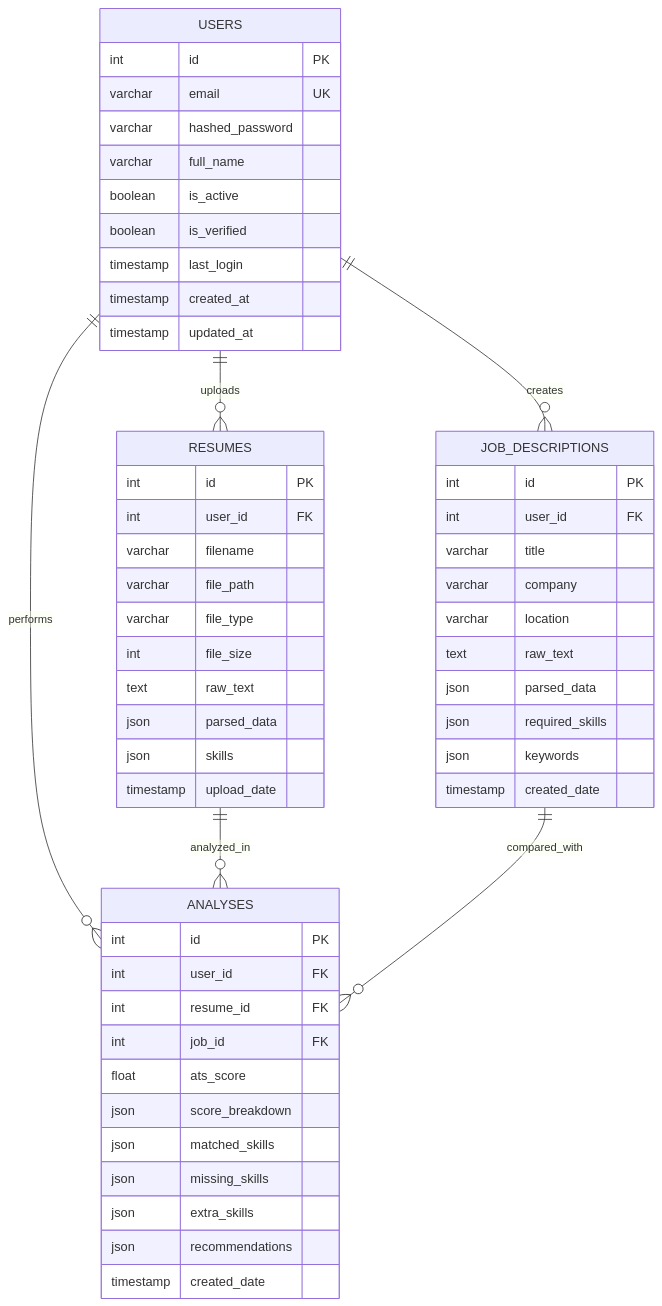
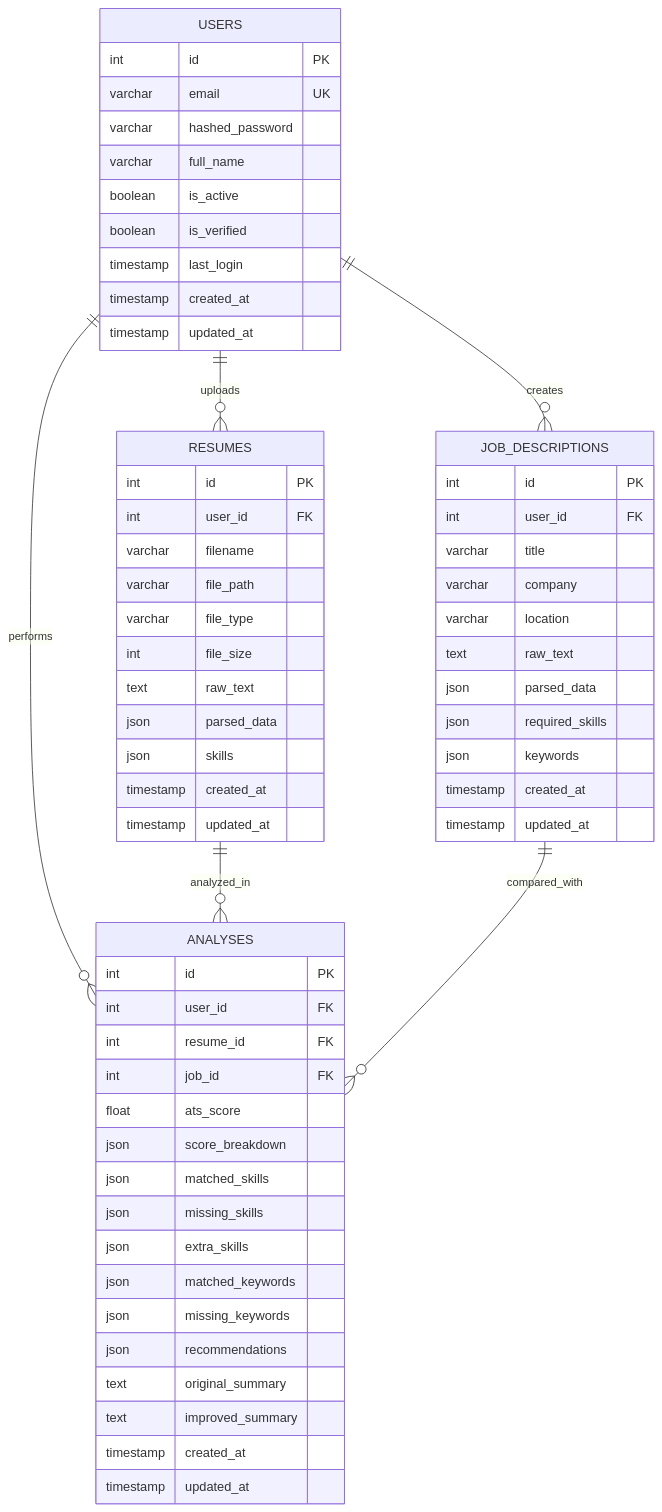
Before and after one commit to LAIBAASIM555/AI-powered-Resume-Optimization-and-Job-Description-Alignment-SaaS-Application: the first of 4 diagrams in Docs/DATABASE.md, drawn with Mermaid. The commit also changed other lines of this file and 6 other files, not shown here.

````diff
--- a/Docs/DATABASE.md
+++ b/Docs/DATABASE.md
@@ -13,60 +13,67 @@
 ```mermaid
 erDiagram
     USERS ||--o{ RESUMES : "uploads"
     USERS ||--o{ JOB_DESCRIPTIONS : "creates"
     USERS ||--o{ ANALYSES : "performs"
     RESUMES ||--o{ ANALYSES : "analyzed_in"
     JOB_DESCRIPTIONS ||--o{ ANALYSES : "compared_with"
 
     USERS {
         int id PK
         varchar email UK
         varchar hashed_password
         varchar full_name
         boolean is_active
         boolean is_verified
         timestamp last_login
         timestamp created_at
         timestamp updated_at
     }
 
     RESUMES {
         int id PK
         int user_id FK
         varchar filename
         varchar file_path
         varchar file_type
         int file_size
         text raw_text
         json parsed_data
         json skills
-        timestamp upload_date
+        timestamp created_at
+        timestamp updated_at
     }
 
     JOB_DESCRIPTIONS {
         int id PK
         int user_id FK
         varchar title
         varchar company
         varchar location
         text raw_text
         json parsed_data
         json required_skills
         json keywords
-        timestamp created_date
+        timestamp created_at
+        timestamp updated_at
     }
 
     ANALYSES {
         int id PK
         int user_id FK
         int resume_id FK
         int job_id FK
         float ats_score
         json score_breakdown
         json matched_skills
         json missing_skills
         json extra_skills
+        json matched_keywords
+        json missing_keywords
         json recommendations
-        timestamp created_date
+        text original_summary
+        text improved_summary
+        timestamp created_at
+        timestamp updated_at
     }
 ```
````
